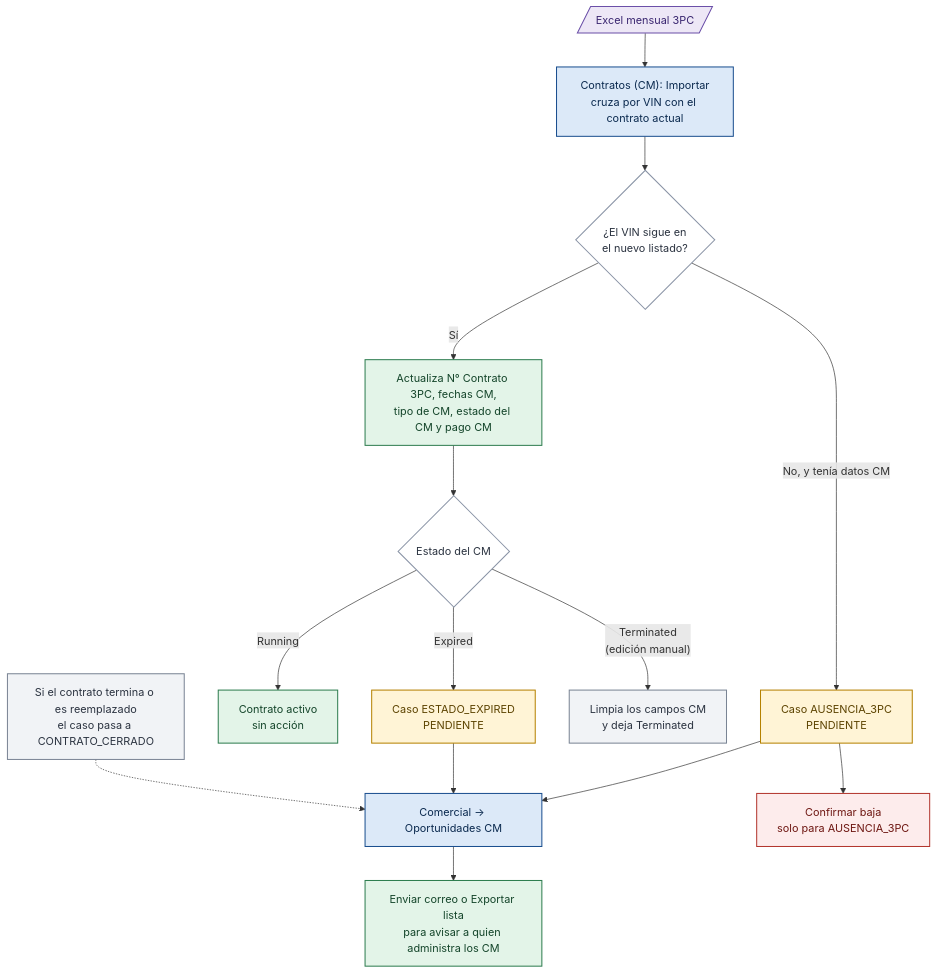
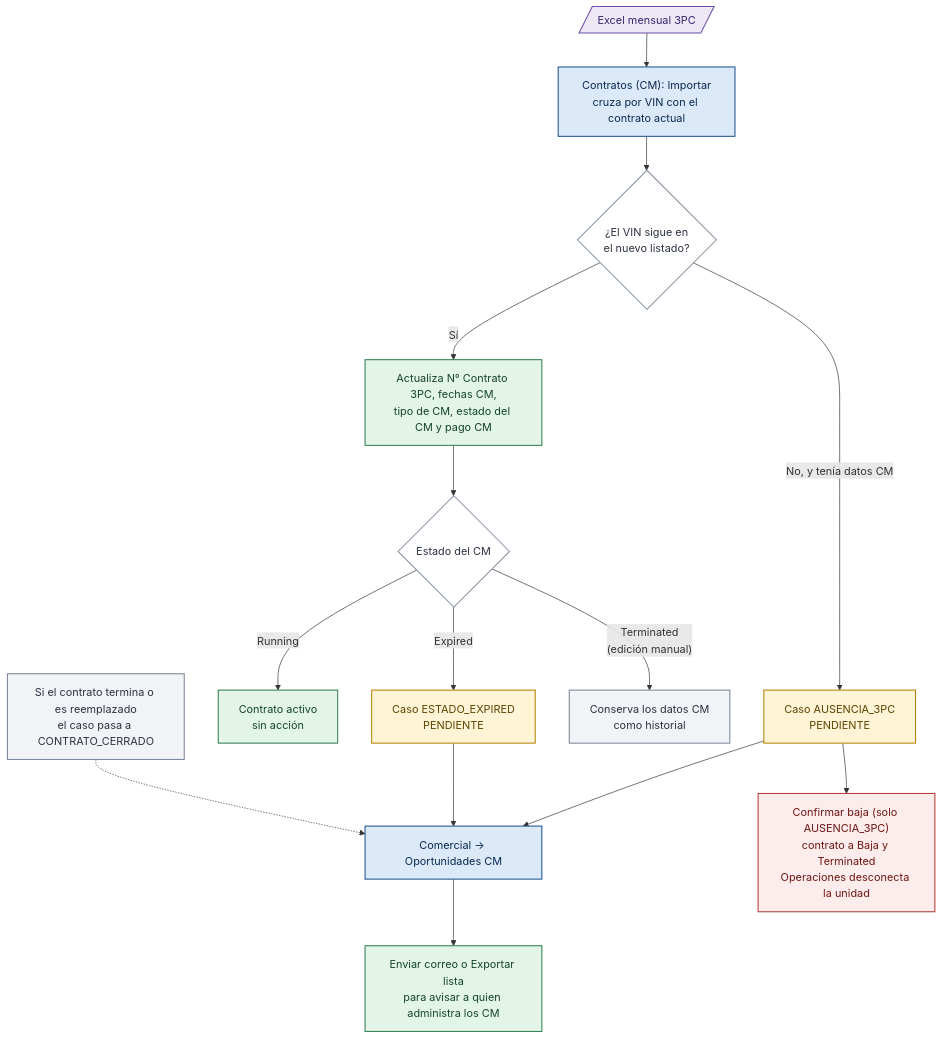
Before and after one commit to felipeMon20/PTY4614-302-EQUIPO-2: diagram 13 of 31 in Fase 2/Evidencias Proyecto/Evidencias de documentación/docs/08. Arquitectura Visual y Diagramas.md, drawn with Mermaid. The commit also changed other lines of this file and 229 other files, not shown here.

````diff
--- a/Fase 2/Evidencias Proyecto/Evidencias de documentación/docs/08. Arquitectura Visual y Diagramas.md
+++ b/Fase 2/Evidencias Proyecto/Evidencias de documentación/docs/08. Arquitectura Visual y Diagramas.md
@@ -453,24 +453,24 @@
 ```mermaid
 flowchart TD
     A[/"Excel mensual 3PC"/]:::externo --> B["Contratos (CM): Importar<br/>cruza por VIN con el contrato actual"]:::pantalla
     B --> D{"¿El VIN sigue en<br/>el nuevo listado?"}:::neutro
     D -->|"No, y tenía datos CM"| E["Caso AUSENCIA_3PC<br/>PENDIENTE"]:::aviso
     D -->|Sí| F["Actualiza N° Contrato 3PC, fechas CM,<br/>tipo de CM, estado del CM y pago CM"]:::accion
     F --> G{"Estado del CM"}:::neutro
     G -->|Running| H["Contrato activo<br/>sin acción"]:::accion
     G -->|Expired| I["Caso ESTADO_EXPIRED<br/>PENDIENTE"]:::aviso
-    G -->|"Terminated<br/>(edición manual)"| J["Limpia los campos CM<br/>y deja Terminated"]:::archivo
+    G -->|"Terminated<br/>(edición manual)"| J["Conserva los datos CM<br/>como historial"]:::archivo
     E --> K["Comercial → Oportunidades CM"]:::pantalla
     I --> K
     K --> L["Enviar correo o Exportar lista<br/>para avisar a quien administra los CM"]:::accion
-    E --> M["Confirmar baja<br/>solo para AUSENCIA_3PC"]:::alerta
+    E --> M["Confirmar baja (solo AUSENCIA_3PC)<br/>contrato a Baja y Terminated<br/>Operaciones desconecta la unidad"]:::alerta
     CER["Si el contrato termina o es reemplazado<br/>el caso pasa a CONTRATO_CERRADO"]:::archivo -.-> K
     classDef pantalla fill:#DCE9F8,stroke:#1B4F8F,color:#0B2A4F,stroke-width:1.5px
     classDef grupo fill:#1B4F8F,stroke:#0B2A4F,color:#FFFFFF,stroke-width:1.5px
     classDef accion fill:#E3F4E8,stroke:#2E7D4F,color:#14452A,stroke-width:1.5px
     classDef archivo fill:#F1F3F6,stroke:#7A8494,color:#2B3340,stroke-width:1.5px
     classDef externo fill:#EDE7F6,stroke:#6B4FA8,color:#3A2670,stroke-width:1.5px
     classDef alerta fill:#FDECEC,stroke:#B3372F,color:#6E1712,stroke-width:1.5px
     classDef aviso fill:#FFF4D6,stroke:#B58100,color:#5C4300,stroke-width:1.5px
     classDef neutro fill:#FFFFFF,stroke:#8A94A6,color:#2B3340,stroke-width:1.5px
 ```
````
